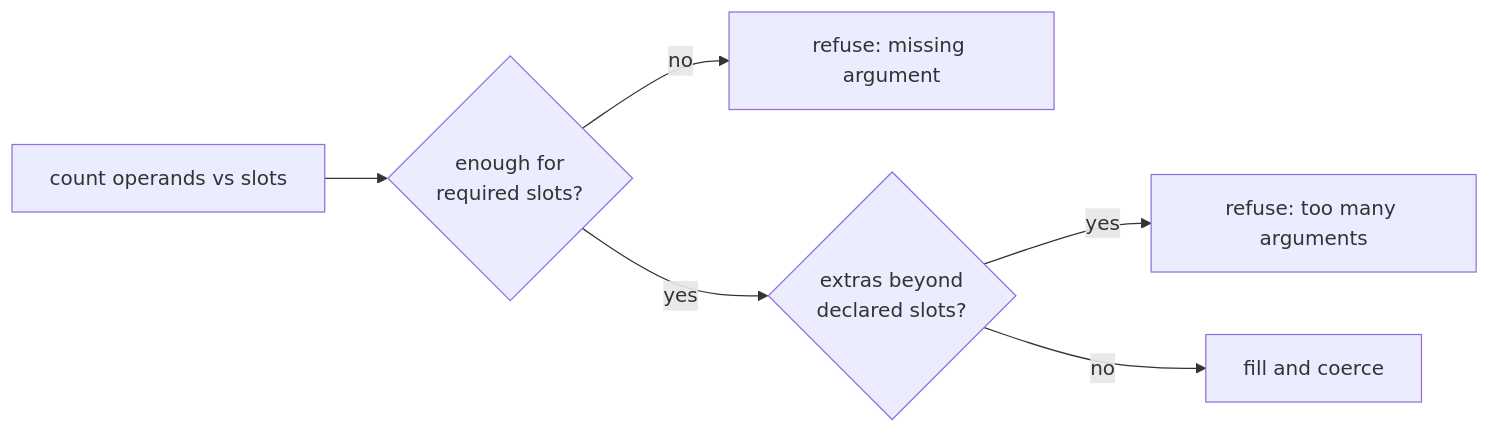
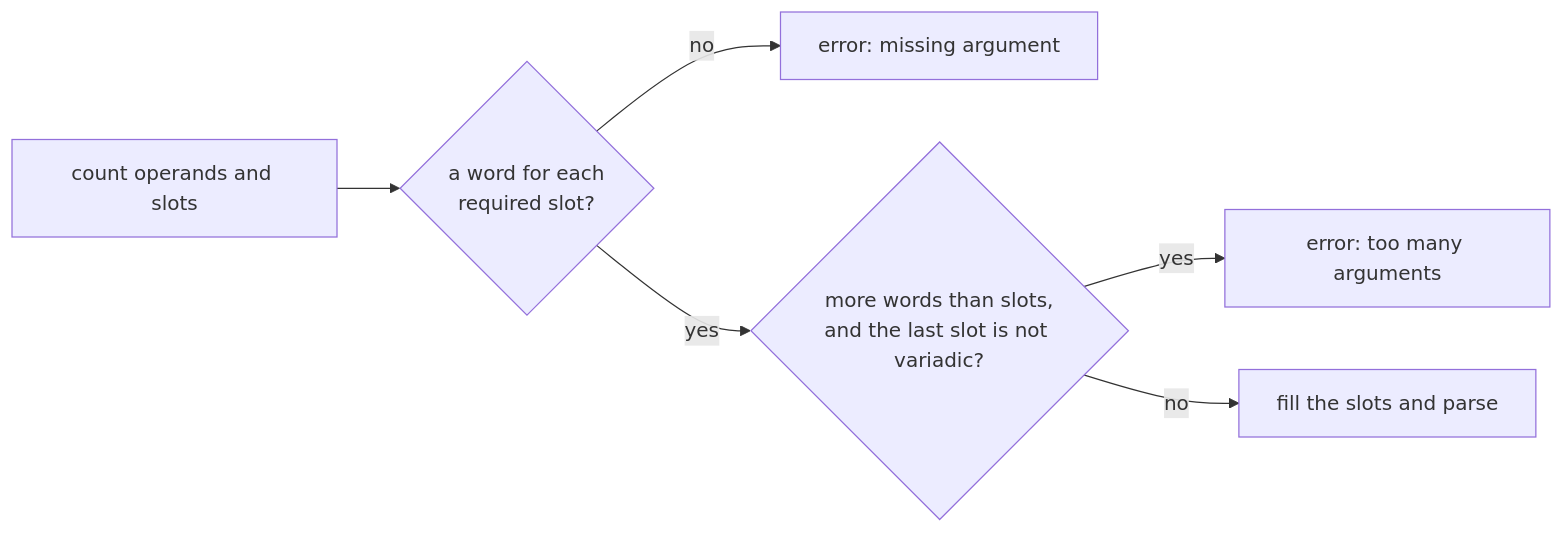
One commit to KeunwooPark/cluedoc changed the fourth of 4 diagrams in docs/examples/commander/.cluedoc/positional-arguments/README.md. Above: the diagram before and after it, drawn with Mermaid. The commit also changed other lines of this file and 22 other files, not shown here.

````diff
--- a/docs/examples/commander/.cluedoc/positional-arguments/README.md
+++ b/docs/examples/commander/.cluedoc/positional-arguments/README.md
@@ -70,8 +82,8 @@
 ```mermaid
 flowchart LR
-    CNT["count operands vs slots"] --> Q1{"enough for<br/>required slots?"}
-    Q1 -- no --> E1["refuse: missing argument"]
-    Q1 -- yes --> Q2{"extras beyond<br/>declared slots?"}
-    Q2 -- yes --> E2["refuse: too many arguments"]
-    Q2 -- no --> OK["fill and coerce"]
+    CNT["count operands and slots"] --> Q1{"a word for each<br/>required slot?"}
+    Q1 -- no --> E1["error: missing argument"]
+    Q1 -- yes --> Q2{"more words than slots,<br/>and the last slot is not variadic?"}
+    Q2 -- yes --> E2["error: too many arguments"]
+    Q2 -- no --> OK["fill the slots and parse"]
 ```
````
